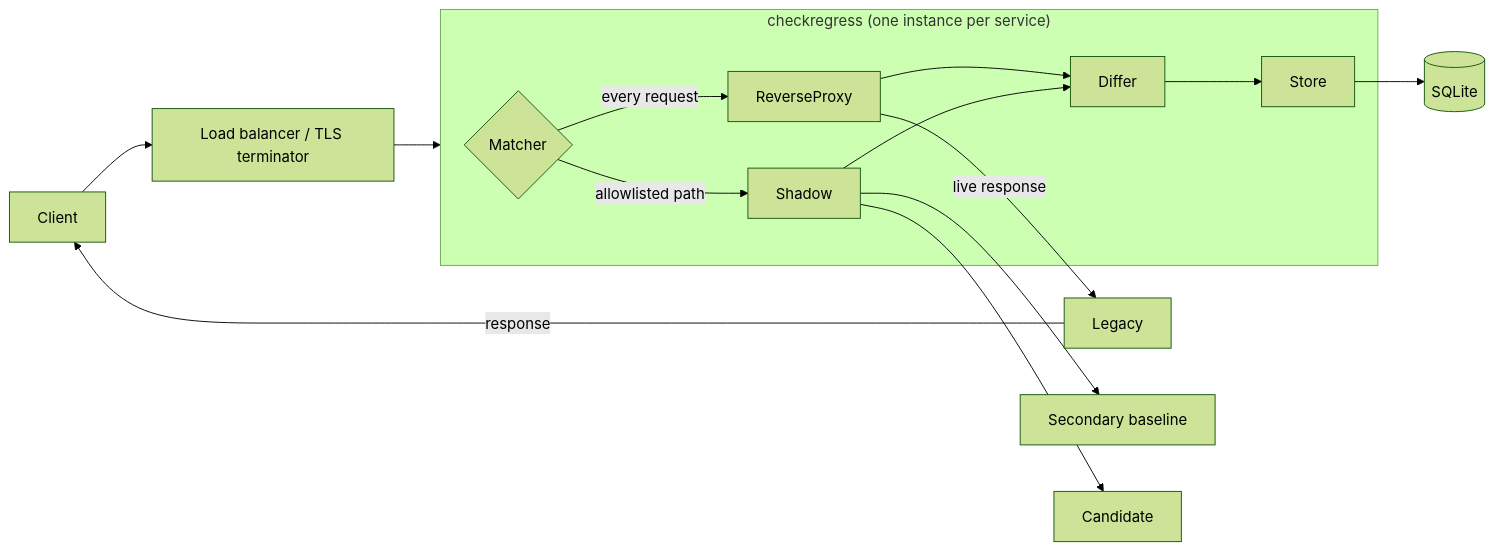
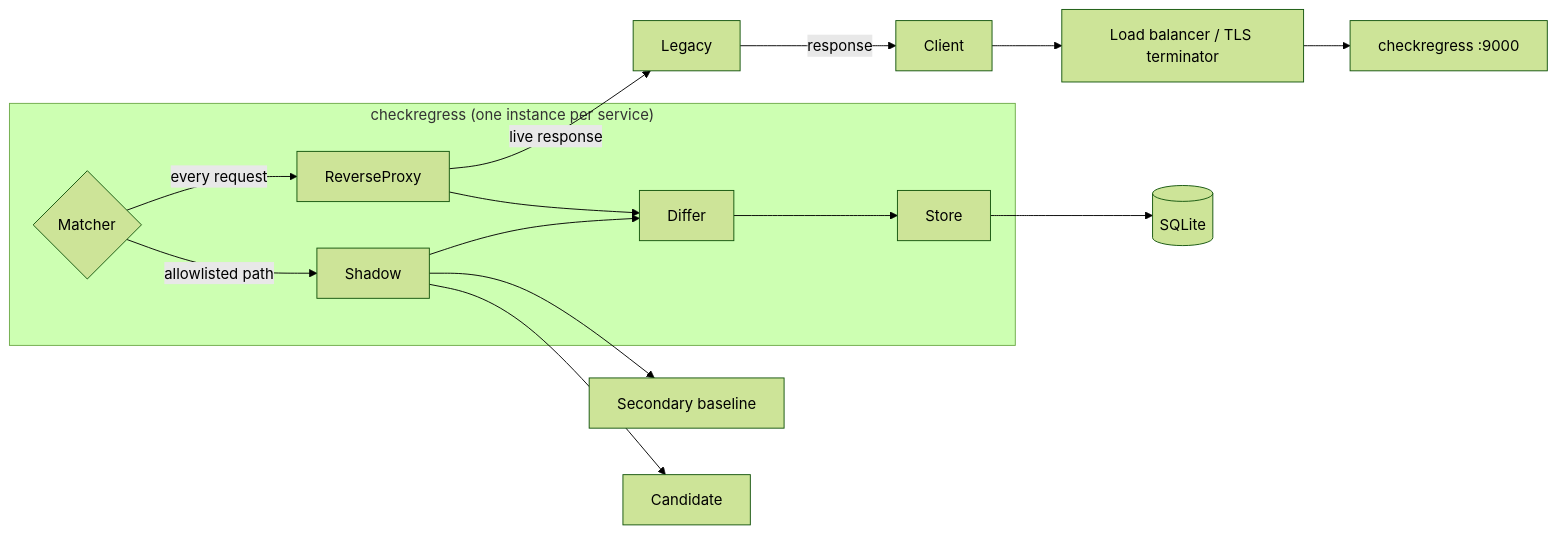
The diagram in README.md (JBK2116/checkregress), drawn with Mermaid (forest theme) before and after one commit. The commit also changed other lines of this file, not shown here.

Commit message:
fix: handle bug causing mermaid diagram to not render

````diff
--- a/README.md
+++ b/README.md
@@ -55,19 +55,19 @@
 ```mermaid
 flowchart LR
     Client[Client] --> LB["Load balancer / TLS terminator"]
     LB --> CR["checkregress :9000"]
 
-    subgraph CR["checkregress (one instance per service)"]
+    subgraph CR_SUB["checkregress (one instance per service)"]
         M{Matcher} -->|"every request"| RP[ReverseProxy]
         M -->|"allowlisted path"| SH[Shadow]
         RP --> D[Differ]
         SH --> D
         D --> ST[Store]
     end
 
     RP -->|"live response"| Legacy[Legacy]
     Legacy -->|"response"| Client
     SH --> Secondary[Secondary baseline]
     SH --> Candidate[Candidate]
     ST --> DB[(SQLite)]
 ```
````
